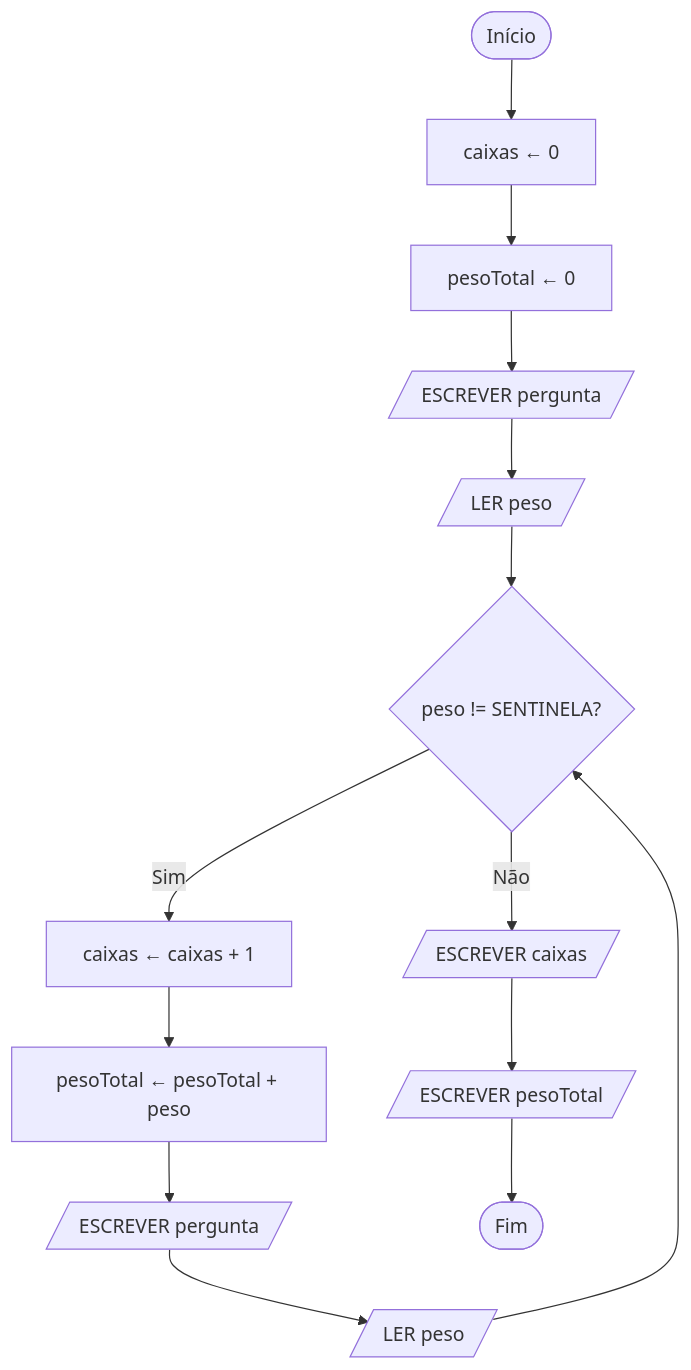
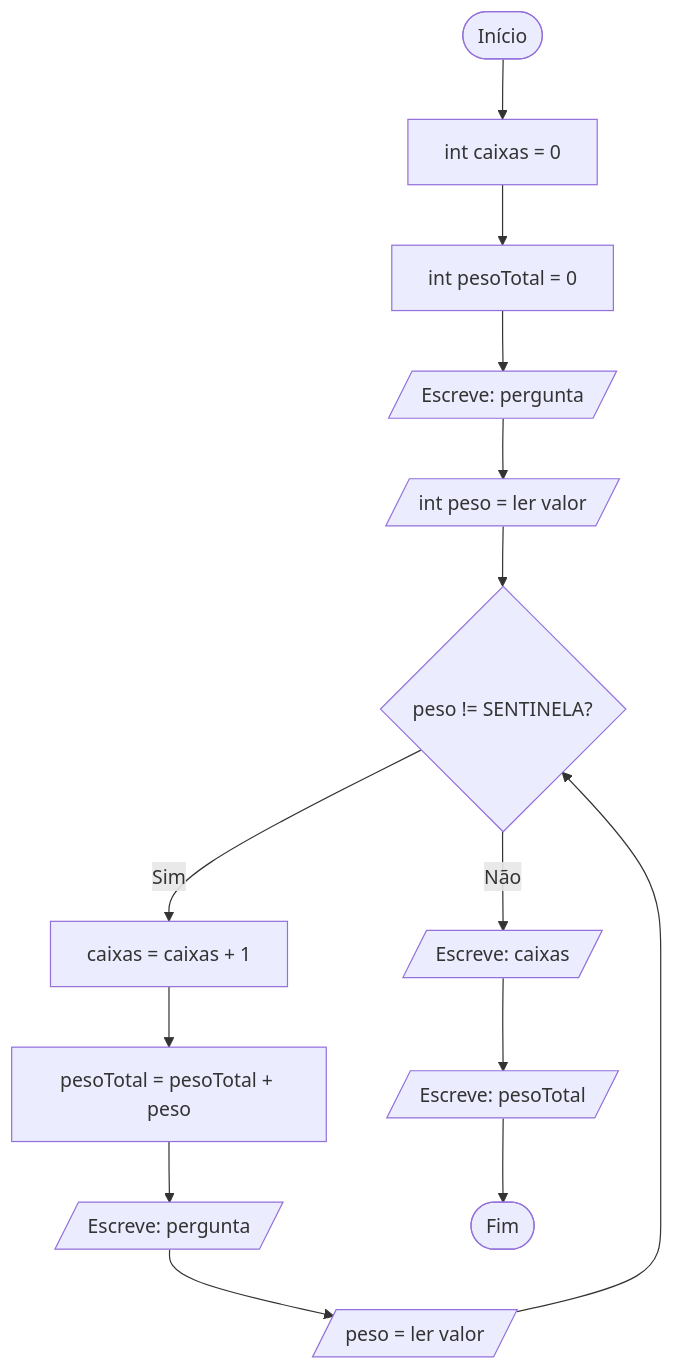
Before and after one commit to NunoMACastro/epms-2627-1ig-lp: the second of 4 diagrams in 01-algoritmos/04-repeticao-e-padroes.md, drawn with Mermaid. The commit also changed other lines of this file and 10 other files, not shown here.

````diff
--- a/01-algoritmos/04-repeticao-e-padroes.md
+++ b/01-algoritmos/04-repeticao-e-padroes.md
@@ -596,16 +596,16 @@
 ```mermaid
 flowchart TD
-    A([Início]) --> B["caixas ← 0"]
-    B --> C["pesoTotal ← 0"]
-    C --> D[/ESCREVER pergunta/]
-    D --> E[/LER peso/]
+    A([Início]) --> B["int caixas = 0"]
+    B --> C["int pesoTotal = 0"]
+    C --> D[/"Escreve: pergunta"/]
+    D --> E[/"int peso = ler valor"/]
     E --> F{"peso != SENTINELA?"}
-    F -->|Sim| G["caixas ← caixas + 1"]
-    G --> H["pesoTotal ← pesoTotal + peso"]
-    H --> I[/ESCREVER pergunta/]
-    I --> J[/LER peso/]
+    F -->|Sim| G["caixas = caixas + 1"]
+    G --> H["pesoTotal = pesoTotal + peso"]
+    H --> I[/"Escreve: pergunta"/]
+    I --> J[/"peso = ler valor"/]
     J --> F
-    F -->|Não| K[/ESCREVER caixas/]
-    K --> L[/ESCREVER pesoTotal/]
+    F -->|Não| K[/"Escreve: caixas"/]
+    K --> L[/"Escreve: pesoTotal"/]
     L --> Z([Fim])
 ```
````
